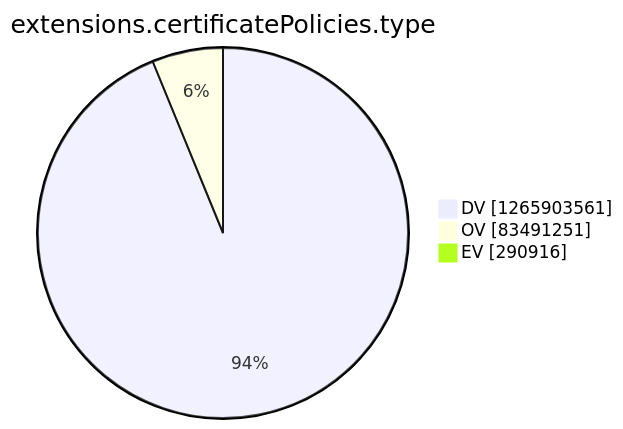
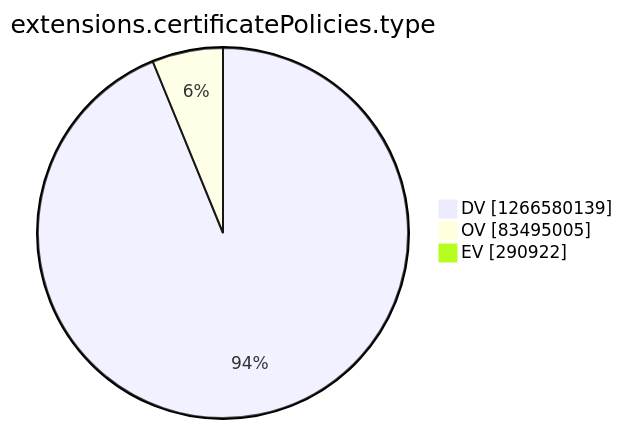
Before and after one commit to christiankrug/ctmonitor_visualization: the tenth of 15 diagrams in argon2022/README.md, drawn with Mermaid. The commit also changed other lines of this file, not shown here.

````diff
--- a/argon2022/README.md
+++ b/argon2022/README.md
@@ -2771,7 +2771,7 @@
 ```mermaid
 pie showData
 title extensions.certificatePolicies.type
-"DV" :1265903561
-"OV" :83491251
-"EV" :290916
+"DV" :1266580139
+"OV" :83495005
+"EV" :290922
 ```
````
